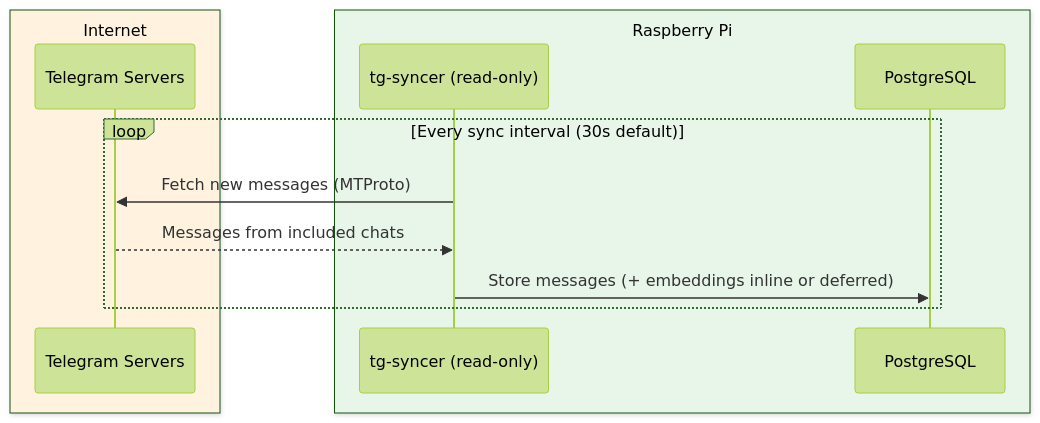
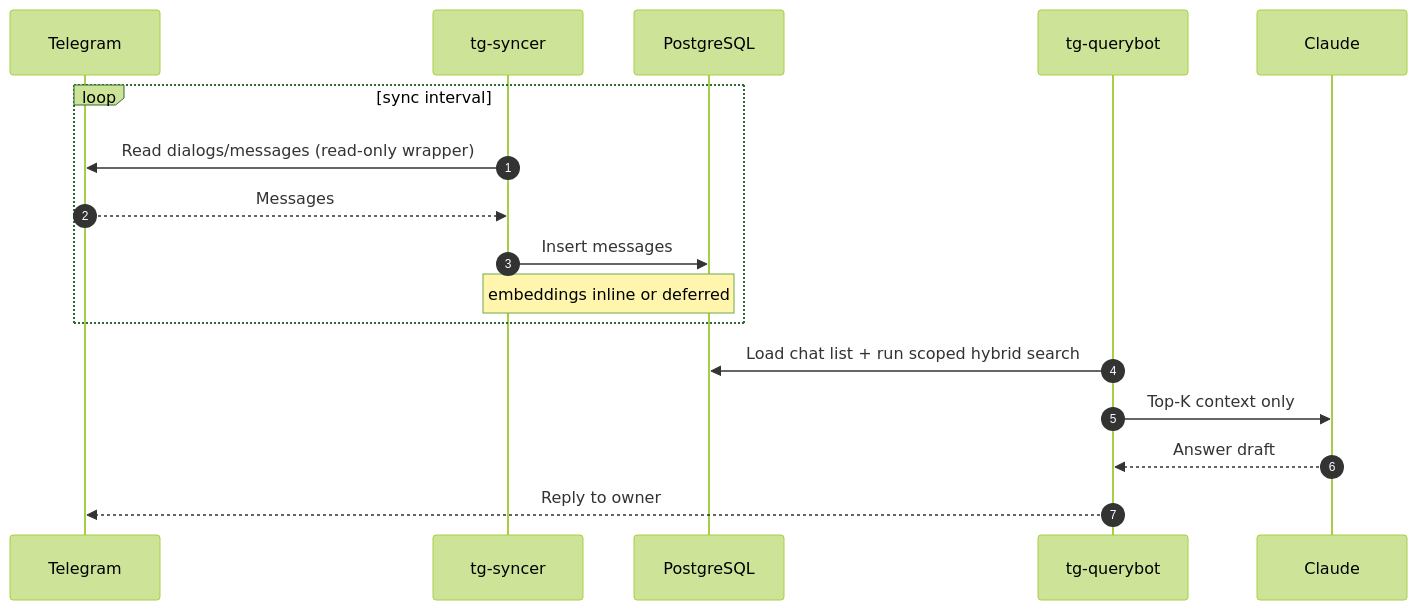
One commit to obheda12/telelocal changed the third of 3 diagrams in README.md. Above: the diagram before and after it, drawn with Mermaid (forest theme). The commit also changed other lines of this file, not shown here.

````diff
--- a/README.md
+++ b/README.md
@@ -176,16 +195,21 @@
 ```mermaid
 sequenceDiagram
-    box rgb(255,243,224) Internet
-        participant TG as Telegram Servers
-    end
-    box rgb(232,245,233) Raspberry Pi
-        participant Syncer as tg-syncer (read-only)
-        participant DB as PostgreSQL
+    autonumber
+    participant TG as Telegram
+    participant SY as tg-syncer
+    participant DB as PostgreSQL
+    participant QB as tg-querybot
+    participant CL as Claude
+
+    loop sync interval
+        SY->>TG: Read dialogs/messages (read-only wrapper)
+        TG-->>SY: Messages
+        SY->>DB: Insert messages
+        Note over SY,DB: embeddings inline or deferred
     end
 
-    loop Every sync interval (30s default)
-        Syncer->>TG: Fetch new messages (MTProto)
-        TG-->>Syncer: Messages from included chats
-        Syncer->>DB: Store messages (+ embeddings inline or deferred)
-    end
+    QB->>DB: Load chat list + run scoped hybrid search
+    QB->>CL: Top-K context only
+    CL-->>QB: Answer draft
+    QB-->>TG: Reply to owner
 ```
````
